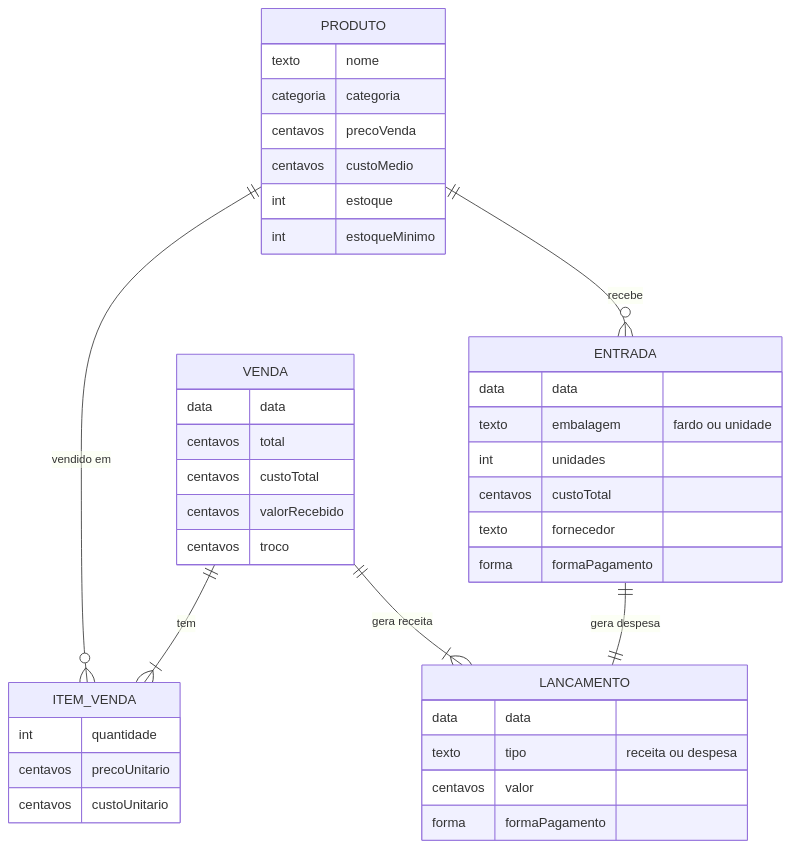
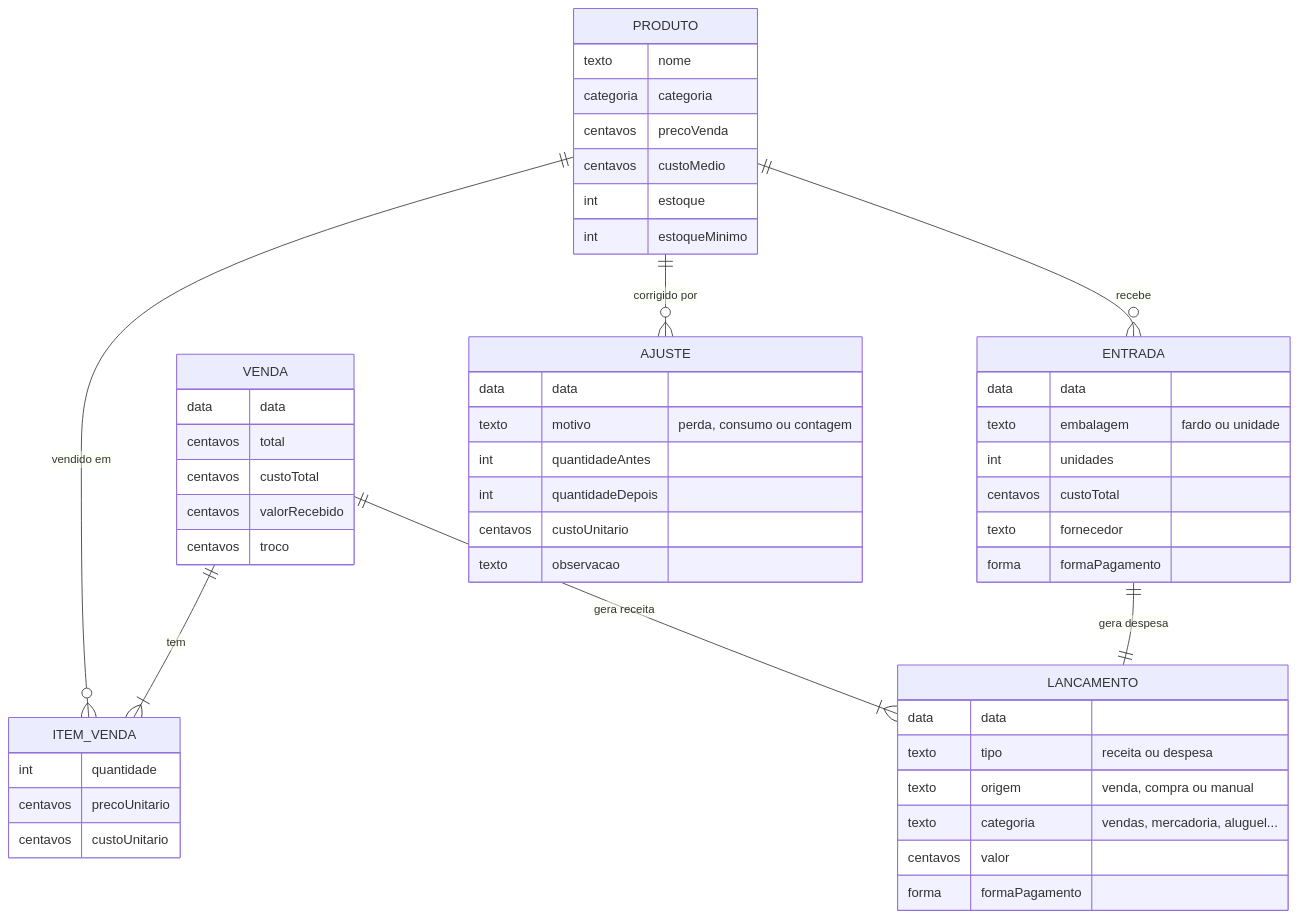
The fourth of 4 diagrams in docs/FLUXO.md (Diogo632/Adegas), drawn with Mermaid before and after one commit. The commit also changed other lines of this file and 30 other files, not shown here.

````diff
--- a/docs/FLUXO.md
+++ b/docs/FLUXO.md
@@ -120,43 +173,54 @@
 ```mermaid
 erDiagram
     PRODUTO ||--o{ ITEM_VENDA : "vendido em"
     PRODUTO ||--o{ ENTRADA : "recebe"
     VENDA ||--|{ ITEM_VENDA : tem
     VENDA ||--|{ LANCAMENTO : "gera receita"
     ENTRADA ||--|| LANCAMENTO : "gera despesa"
+    PRODUTO ||--o{ AJUSTE : "corrigido por"
 
     PRODUTO {
         texto nome
         categoria categoria
         centavos precoVenda
         centavos custoMedio
         int estoque
         int estoqueMinimo
     }
     ENTRADA {
         data data
         texto embalagem "fardo ou unidade"
         int unidades
         centavos custoTotal
         texto fornecedor
         forma formaPagamento
     }
     VENDA {
         data data
         centavos total
         centavos custoTotal
         centavos valorRecebido
         centavos troco
     }
     ITEM_VENDA {
         int quantidade
         centavos precoUnitario
         centavos custoUnitario
     }
     LANCAMENTO {
         data data
         texto tipo "receita ou despesa"
+        texto origem "venda, compra ou manual"
+        texto categoria "vendas, mercadoria, aluguel..."
         centavos valor
         forma formaPagamento
     }
+    AJUSTE {
+        data data
+        texto motivo "perda, consumo ou contagem"
+        int quantidadeAntes
+        int quantidadeDepois
+        centavos custoUnitario
+        texto observacao
+    }
 ```
````
